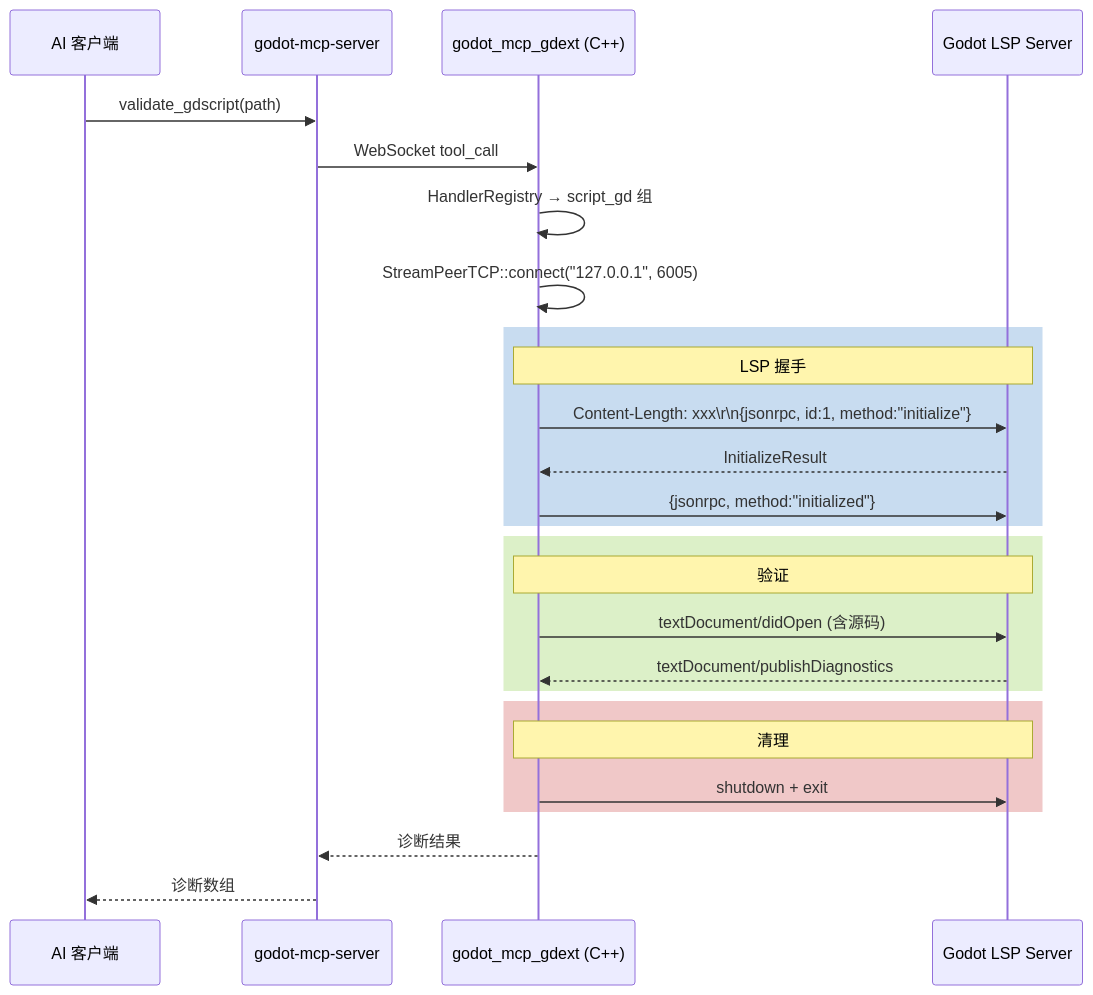
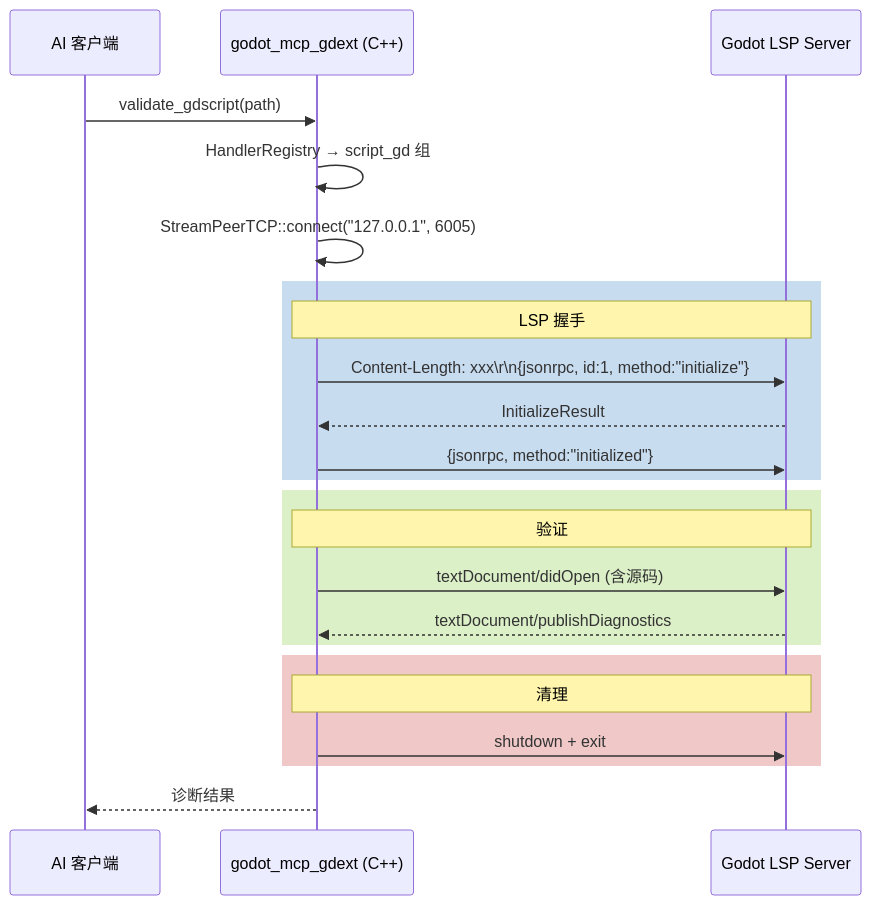
One commit to jesspig/GodotMCP-GDExtension changed the diagram in .repo_wiki/modules/lsp-client.md. Above: the diagram before and after it, drawn with Mermaid. The commit also changed 24 other files, not shown here.

````diff
--- a/.repo_wiki/modules/lsp-client.md
+++ b/.repo_wiki/modules/lsp-client.md
@@ -7,33 +7,30 @@
 ```mermaid
 sequenceDiagram
     participant AI as AI 客户端
-    participant Server as godot-mcp-server
     participant GDExt as godot_mcp_gdext (C++)
     participant LSP as Godot LSP Server
     
-    AI->>Server: validate_gdscript(path)
-    Server->>GDExt: WebSocket tool_call
+    AI->>GDExt: validate_gdscript(path)
     GDExt->>GDExt: HandlerRegistry → script_gd 组
     GDExt->>GDExt: StreamPeerTCP::connect("127.0.0.1", 6005)
     
     rect rgb(200, 220, 240)
         Note over GDExt,LSP: LSP 握手
         GDExt->>LSP: Content-Length: xxx\r\n{jsonrpc, id:1, method:"initialize"}
         LSP-->>GDExt: InitializeResult
         GDExt->>LSP: {jsonrpc, method:"initialized"}
     end
     
     rect rgb(220, 240, 200)
         Note over GDExt,LSP: 验证
         GDExt->>LSP: textDocument/didOpen (含源码)
         LSP-->>GDExt: textDocument/publishDiagnostics
     end
     
     rect rgb(240, 200, 200)
         Note over GDExt,LSP: 清理
         GDExt->>LSP: shutdown + exit
     end
     
-    GDExt-->>Server: 诊断结果
-    Server-->>AI: 诊断数组
+    GDExt-->>AI: 诊断结果
 ```
````
